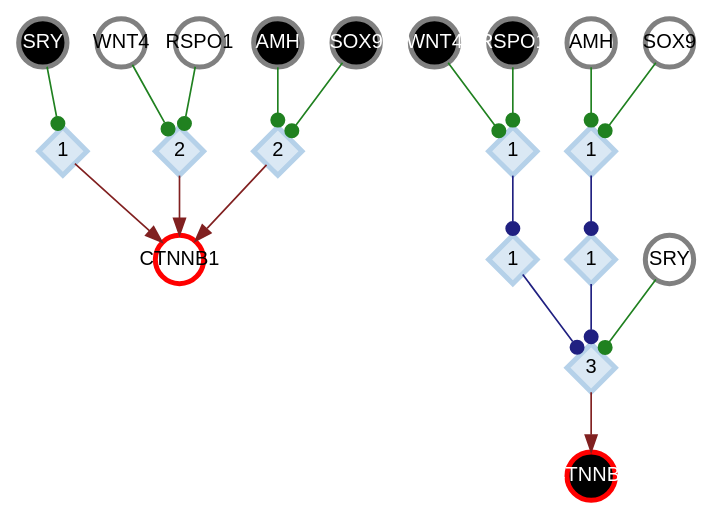
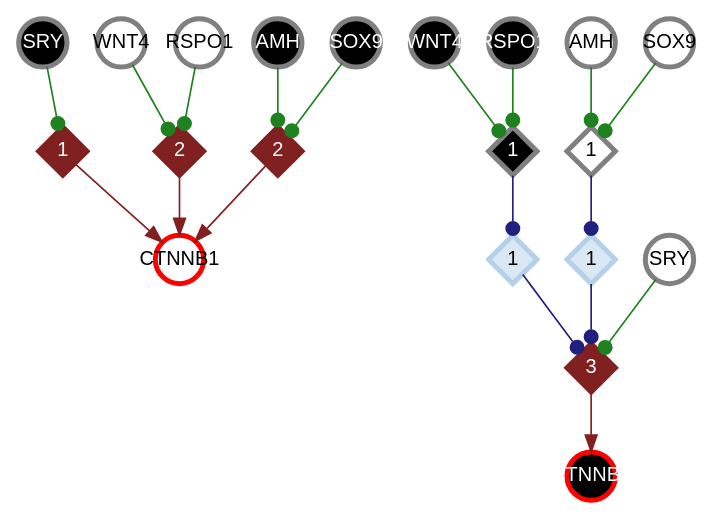
Before and after one commit to CASCI-lab/CANA: the diagram in dev/logs/cm_roundtrip_figures/canonical_CTNNB1.gv, drawn with Graphviz. The commit also changed 7 other files, not shown here.

```diff
--- a/dev/logs/cm_roundtrip_figures/canonical_CTNNB1.gv
+++ b/dev/logs/cm_roundtrip_figures/canonical_CTNNB1.gv
@@ -1,43 +1,43 @@
 digraph {
 	graph [overlap=false]
 	node [color=gray fixedsize=true fontcolor=black fontname=helvetica fontsize=12 penwidth=3 shape=circle style=filled width=.4]
 	edge [arrowhead=dot arrowsize=1 color=gray]
 	"var-0-out-0" [label=CTNNB1 color=red fillcolor=white fontcolor=black]
 	"var-0-out-1" [label=CTNNB1 color=red fillcolor=black fontcolor=white]
-	"thr-0" [label=1 color="#b5d1e9" fillcolor="#dae8f4" fontcolor=black height=.4 shape=diamond style="filled,solid" width=.4]
-	"thr-1" [label=2 color="#b5d1e9" fillcolor="#dae8f4" fontcolor=black height=.4 shape=diamond style="filled,solid" width=.4]
-	"thr-2" [label=2 color="#b5d1e9" fillcolor="#dae8f4" fontcolor=black height=.4 shape=diamond style="filled,solid" width=.4]
+	"thr-0" [label=1 color="#812020" fillcolor="#812020" fontcolor=white height=.4 shape=diamond style="filled,solid" width=.4]
+	"thr-1" [label=2 color="#812020" fillcolor="#812020" fontcolor=white height=.4 shape=diamond style="filled,solid" width=.4]
+	"thr-2" [label=2 color="#812020" fillcolor="#812020" fontcolor=white height=.4 shape=diamond style="filled,solid" width=.4]
 	"var-1-out-1" [label=SRY color=gray fillcolor=black fontcolor=white]
 	"var-2-out-0" [label=WNT4 color=gray fillcolor=white fontcolor=black]
 	"var-3-out-0" [label=RSPO1 color=gray fillcolor=white fontcolor=black]
 	"var-4-out-1" [label=AMH color=gray fillcolor=black fontcolor=white]
 	"var-5-out-1" [label=SOX9 color=gray fillcolor=black fontcolor=white]
-	"thr-3" [label=3 color="#b5d1e9" fillcolor="#dae8f4" fontcolor=black height=.4 shape=diamond style="filled,solid" width=.4]
+	"thr-3" [label=3 color="#812020" fillcolor="#812020" fontcolor=white height=.4 shape=diamond style="filled,solid" width=.4]
 	"thr-4" [label=1 color="#b5d1e9" fillcolor="#dae8f4" fontcolor=black height=.4 shape=diamond style="filled,solid" width=.4]
 	"thr-5" [label=1 color="#b5d1e9" fillcolor="#dae8f4" fontcolor=black height=.4 shape=diamond style="filled,solid" width=.4]
-	"thr-6" [label=1 color="#b5d1e9" fillcolor="#dae8f4" fontcolor=black height=.4 shape=diamond style="filled,solid" width=.4]
-	"thr-7" [label=1 color="#b5d1e9" fillcolor="#dae8f4" fontcolor=black height=.4 shape=diamond style="filled,solid" width=.4]
+	"thr-6" [label=1 color=gray fillcolor=black fontcolor=white height=.4 shape=diamond style="filled,solid" width=.4]
+	"thr-7" [label=1 color=gray fillcolor=white fontcolor=black height=.4 shape=diamond style="filled,solid" width=.4]
 	"var-1-out-0" [label=SRY color=gray fillcolor=white fontcolor=black]
 	"var-2-out-1" [label=WNT4 color=gray fillcolor=black fontcolor=white]
 	"var-3-out-1" [label=RSPO1 color=gray fillcolor=black fontcolor=white]
 	"var-4-out-0" [label=AMH color=gray fillcolor=white fontcolor=black]
 	"var-5-out-0" [label=SOX9 color=gray fillcolor=white fontcolor=black]
 	"thr-0" -> "var-0-out-0" [arrowhead=normal color="#812020"]
 	"thr-1" -> "var-0-out-0" [arrowhead=normal color="#812020"]
 	"thr-2" -> "var-0-out-0" [arrowhead=normal color="#812020"]
 	"var-1-out-1" -> "thr-0" [arrowhead=dot color="#208120"]
 	"var-2-out-0" -> "thr-1" [arrowhead=dot color="#208120"]
 	"var-3-out-0" -> "thr-1" [arrowhead=dot color="#208120"]
 	"var-4-out-1" -> "thr-2" [arrowhead=dot color="#208120"]
 	"var-5-out-1" -> "thr-2" [arrowhead=dot color="#208120"]
 	"thr-3" -> "var-0-out-1" [arrowhead=normal color="#812020"]
 	"thr-4" -> "thr-3" [arrowhead=dot color="#202081"]
 	"thr-5" -> "thr-3" [arrowhead=dot color="#202081"]
 	"thr-6" -> "thr-4" [arrowhead=dot color="#202081"]
 	"thr-7" -> "thr-5" [arrowhead=dot color="#202081"]
 	"var-1-out-0" -> "thr-3" [arrowhead=dot color="#208120"]
 	"var-2-out-1" -> "thr-6" [arrowhead=dot color="#208120"]
 	"var-3-out-1" -> "thr-6" [arrowhead=dot color="#208120"]
 	"var-4-out-0" -> "thr-7" [arrowhead=dot color="#208120"]
 	"var-5-out-0" -> "thr-7" [arrowhead=dot color="#208120"]
 }
```
